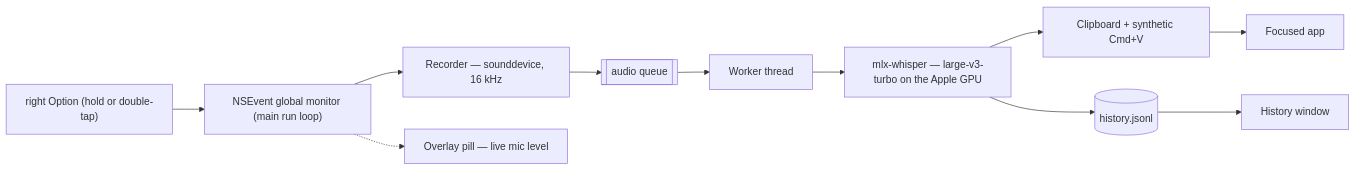
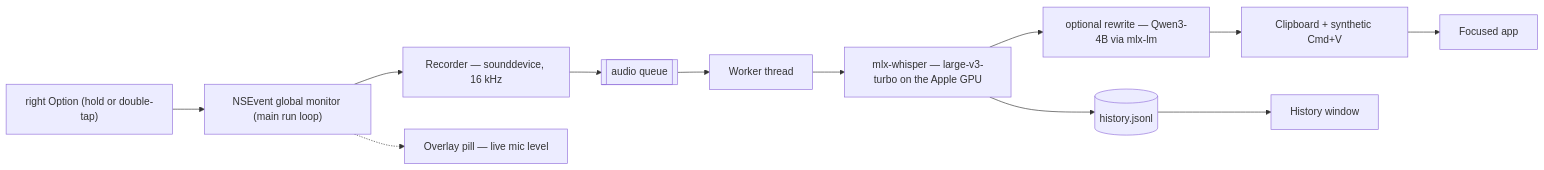
Before and after one commit to utsavanand/sotto: the diagram in README.md, drawn with Mermaid. The commit also changed other lines of this file and 7 other files, not shown here.

````diff
--- a/README.md
+++ b/README.md
@@ -136,13 +156,14 @@
 ```mermaid
 flowchart LR
     K["right Option (hold or double-tap)"] --> M["NSEvent global monitor (main run loop)"]
     M --> R["Recorder — sounddevice, 16 kHz"]
     M -.-> O["Overlay pill — live mic level"]
     R --> Q[["audio queue"]]
     Q --> W["Worker thread"]
     W --> T["mlx-whisper — large-v3-turbo on the Apple GPU"]
-    T --> P["Clipboard + synthetic Cmd+V"]
+    T --> RW["optional rewrite — Qwen3-4B via mlx-lm"]
+    RW --> P["Clipboard + synthetic Cmd+V"]
     P --> A["Focused app"]
     T --> H[("history.jsonl")]
     H --> V["History window"]
 ```
````
